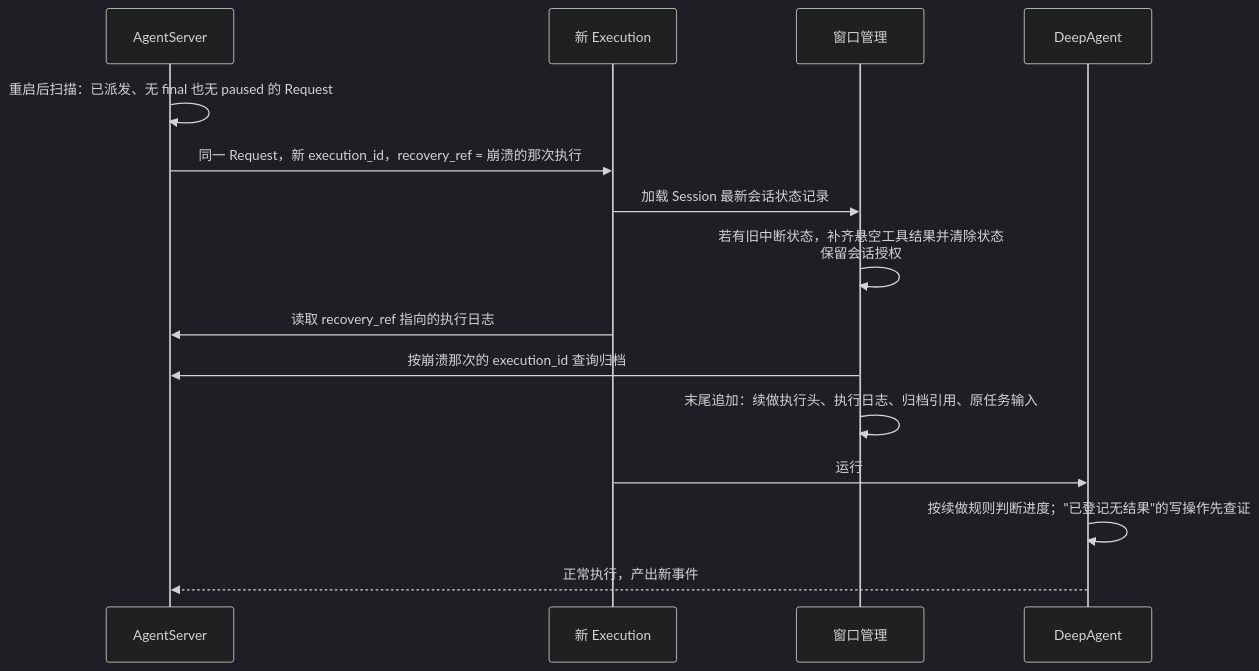
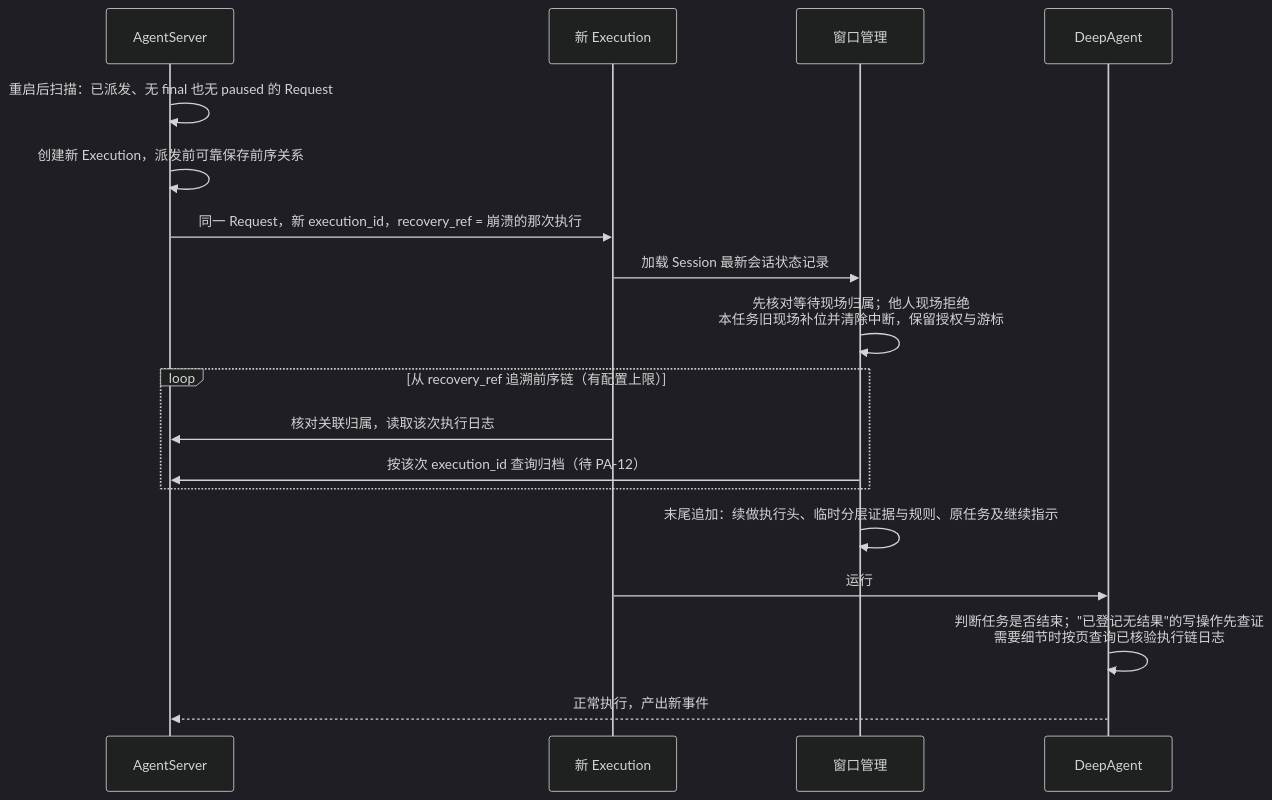
The fifth of 5 diagrams in openjiuwen/harness/persistent_agent/docs/designs/persistent-agent-architecture.md (openJiuwen-ai/agent-core), drawn with Mermaid (dark theme) before and after one commit. The commit also changed other lines of this file and 16 other files, not shown here.

````diff
--- a/openjiuwen/harness/persistent_agent/docs/designs/persistent-agent-architecture.md
+++ b/openjiuwen/harness/persistent_agent/docs/designs/persistent-agent-architecture.md
@@ -1061,17 +1067,20 @@
 ```mermaid
 sequenceDiagram
     participant H as AgentServer
     participant E as 新 Execution
     participant M as 窗口管理
     participant A as DeepAgent
     H->>H: 重启后扫描：已派发、无 final 也无 paused 的 Request
+    H->>H: 创建新 Execution，派发前可靠保存前序关系
     H->>E: 同一 Request，新 execution_id，recovery_ref = 崩溃的那次执行
     E->>M: 加载 Session 最新会话状态记录
-    M->>M: 若有旧中断状态，补齐悬空工具结果并清除状态<br/>保留会话授权
-    E->>H: 读取 recovery_ref 指向的执行日志
-    M->>H: 按崩溃那次的 execution_id 查询归档
-    M->>M: 末尾追加：续做执行头、执行日志、归档引用、原任务输入
+    M->>M: 先核对等待现场归属；他人现场拒绝<br/>本任务旧现场补位并清除中断，保留授权与游标
+    loop 从 recovery_ref 追溯前序链（有配置上限）
+        E->>H: 核对关联归属，读取该次执行日志
+        M->>H: 按该次 execution_id 查询归档（待 PA-12）
+    end
+    M->>M: 末尾追加：续做执行头、临时分层证据与规则、原任务及继续指示
     E->>A: 运行
-    A->>A: 按续做规则判断进度；"已登记无结果"的写操作先查证
+    A->>A: 判断任务是否结束；"已登记无结果"的写操作先查证<br/>需要细节时按页查询已核验执行链日志
     A-->>H: 正常执行，产出新事件
 ```
````
